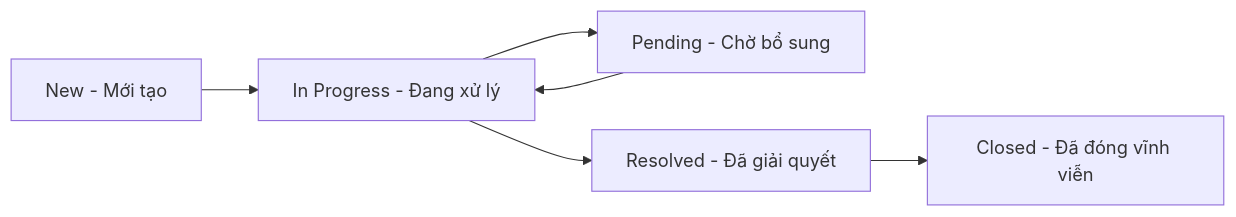
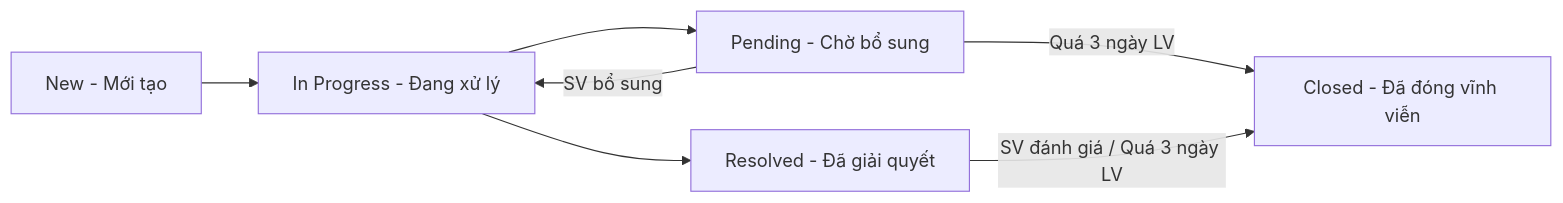
One commit to IvyPear/UniSupport changed the diagram in docs/domain/readme.md. Above: the diagram before and after it, drawn with Mermaid. The commit also changed other lines of this file and 10 other files, not shown here.

Commit message:
docs: add initial domain documentation, PRDs, ERD, and workflow guides

````diff
--- a/docs/domain/readme.md
+++ b/docs/domain/readme.md
@@ -22,8 +21,9 @@
 ```mermaid
 flowchart LR
     A[New - Mới tạo] --> B[In Progress - Đang xử lý]
     B --> C[Pending - Chờ bổ sung]
-    C --> B
+    C -->|SV bổ sung| B
+    C -->|Quá 3 ngày LV| E[Closed - Đã đóng vĩnh viễn]
     B --> D[Resolved - Đã giải quyết]
-    D --> E[Closed - Đã đóng vĩnh viễn]
+    D -->|SV đánh giá / Quá 3 ngày LV| E
 ```
````
